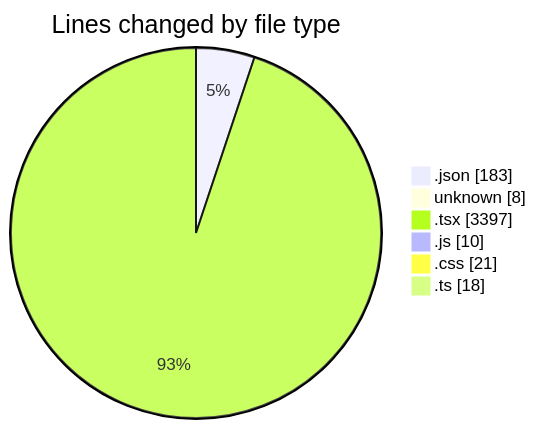
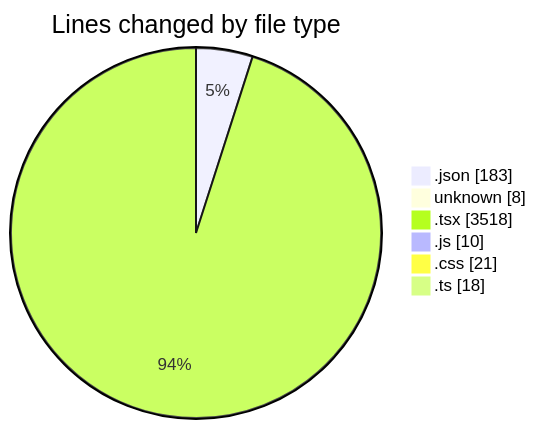
One commit to Elitesun/code-tracking changed the first of 2 diagrams in 2025-05-02/niten/README.md. Above: the diagram before and after it, drawn with Mermaid. The commit also changed other lines of this file and 1 other file, not shown here.

````diff
--- a/2025-05-02/niten/README.md
+++ b/2025-05-02/niten/README.md
@@ -43,10 +45,10 @@
 ```mermaid
 pie showData
 title Lines changed by file type
 ".json" : 183
 "unknown" : 8
-".tsx" : 3397
+".tsx" : 3518
 ".js" : 10
 ".css" : 21
 ".ts" : 18
 ```
````
